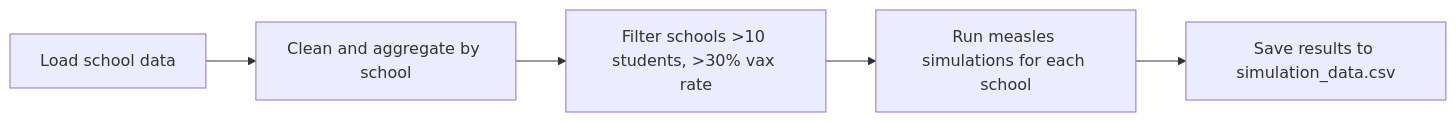
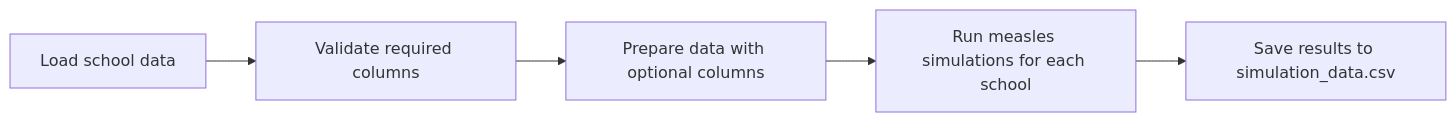
One commit to EpiForeSITE/measles-school-letters changed the first of 2 diagrams in docs/details.md. Above: the diagram before and after it, drawn with Mermaid. The commit also changed other lines of this file and 15 other files, not shown here.

````diff
--- a/docs/details.md
+++ b/docs/details.md
@@ -51,7 +66,7 @@
 ```mermaid
 flowchart LR
-    A[Load school data] --> B[Clean and aggregate by school]
-    B --> C[Filter schools >10 students, >30% vax rate]
+    A[Load school data] --> B[Validate required columns]
+    B --> C[Prepare data with optional columns]
     C --> D[Run measles simulations for each school]
     D --> E[Save results to simulation_data.csv]
 ```
````
